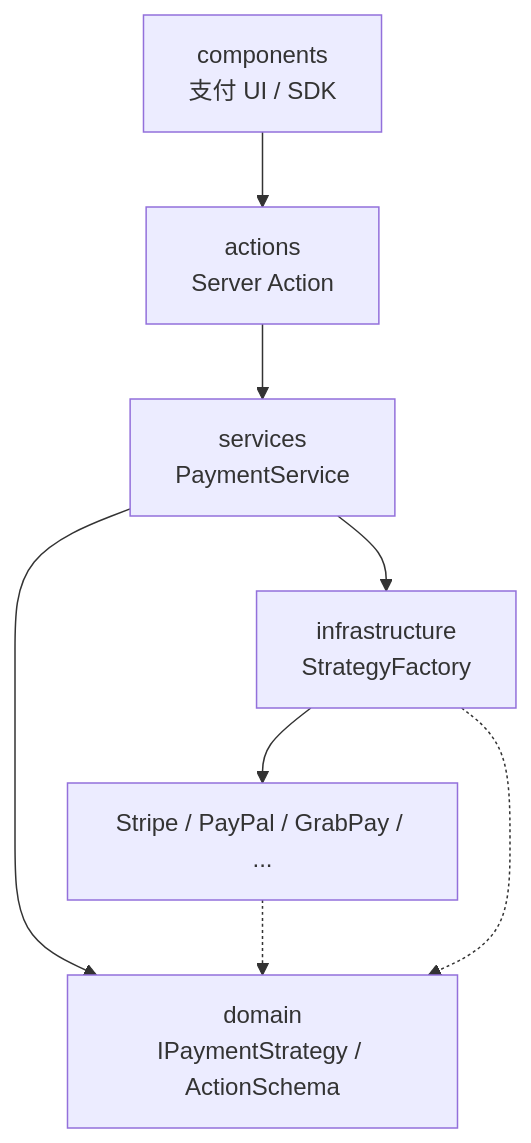
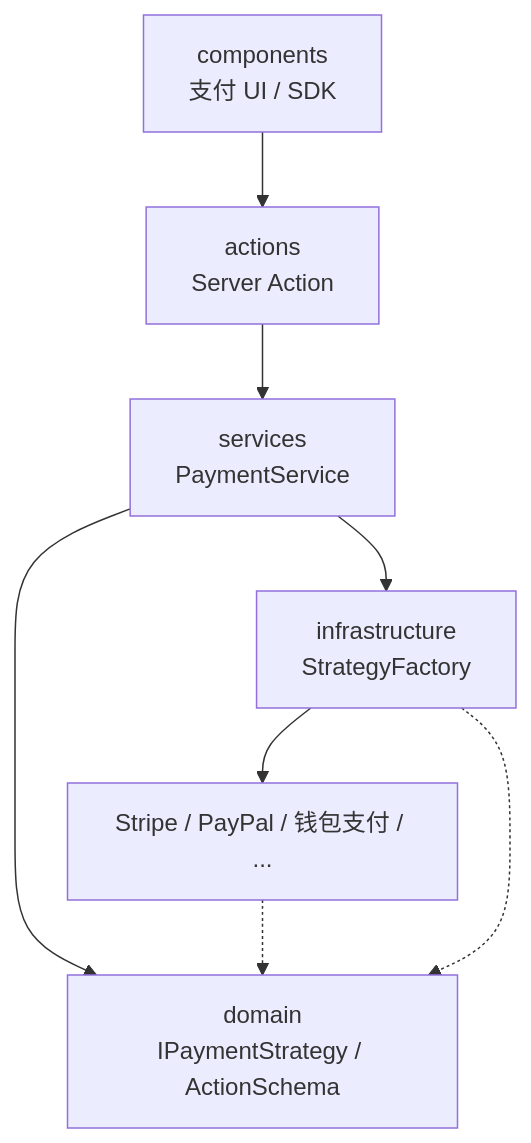
One commit to Lee-NG915/cBlog changed the diagram in content/posts/technical/2026/payment-pipeline-architecture/index.md. Above: the diagram before and after it, drawn with Mermaid. The commit also changed other lines of this file and 9 other files, not shown here.

````diff
--- a/content/posts/technical/2026/payment-pipeline-architecture/index.md
+++ b/content/posts/technical/2026/payment-pipeline-architecture/index.md
@@ -50,10 +50,10 @@
 ```mermaid
 flowchart TB
   UI["components\n支付 UI / SDK"] --> ACT["actions\nServer Action"]
   ACT --> SVC["services\nPaymentService"]
   SVC --> FAC["infrastructure\nStrategyFactory"]
-  FAC --> STR["Stripe / PayPal / GrabPay / ..."]
+  FAC --> STR["Stripe / PayPal / 钱包支付 / ..."]
   SVC --> DOM["domain\nIPaymentStrategy / ActionSchema"]
   STR -.-> DOM
   FAC -.-> DOM
 ```
````
